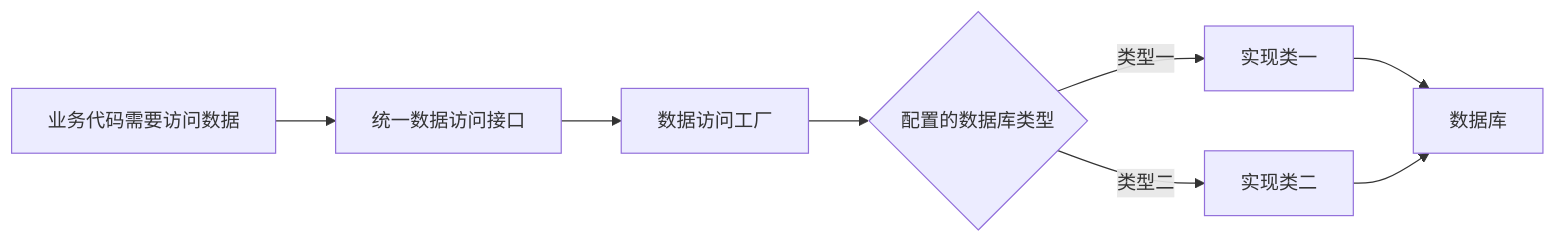
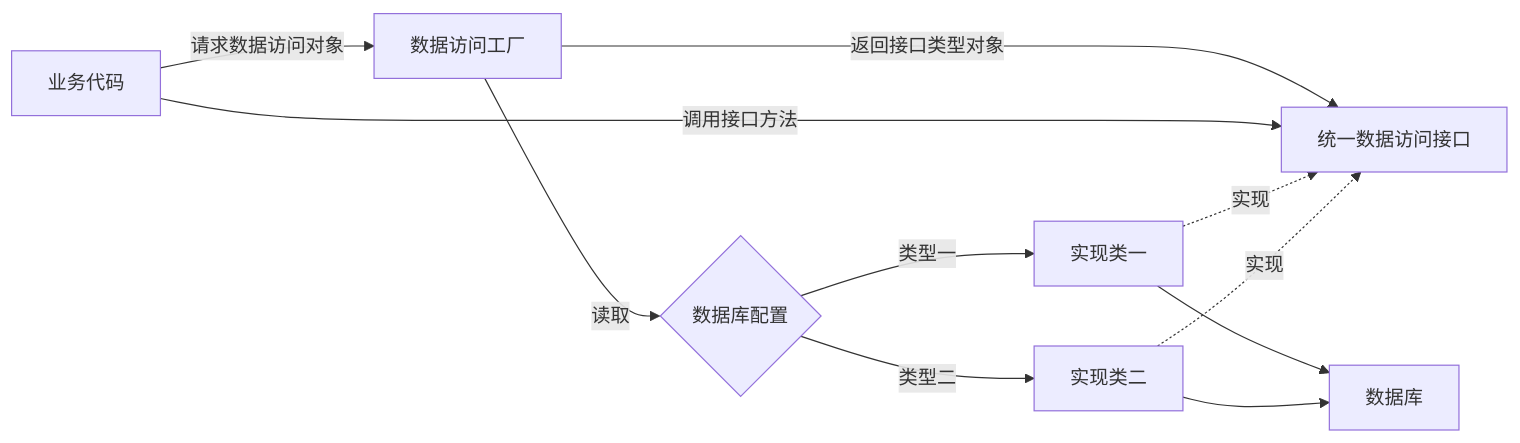
One commit to 74262195/system-architect-notes changed the diagram in 06_架构设计理论与实践/02_层次式架构/数据访问层工厂模式：换数据库时为什么调用方不用改一片.md. Above: the diagram before and after it, drawn with Mermaid. The commit also changed other lines of this file and 2 other files, not shown here.

Commit message:
修正数据访问工厂模式职责图

````diff
--- a/06_架构设计理论与实践/02_层次式架构/数据访问层工厂模式：换数据库时为什么调用方不用改一片.md
+++ b/06_架构设计理论与实践/02_层次式架构/数据访问层工厂模式：换数据库时为什么调用方不用改一片.md
@@ -38,10 +38,13 @@
 ```mermaid
 flowchart LR
-    A[业务代码需要访问数据] --> B[统一数据访问接口]
-    B --> C[数据访问工厂]
-    C --> D{配置的数据库类型}
-    D -->|类型一| E[实现类一]
-    D -->|类型二| F[实现类二]
+    A[业务代码] -->|请求数据访问对象| B[数据访问工厂]
+    B -->|读取| C{数据库配置}
+    C -->|类型一| E[实现类一]
+    C -->|类型二| F[实现类二]
+    B -->|返回接口类型对象| D[统一数据访问接口]
+    A -->|调用接口方法| D
+    E -.->|实现| D
+    F -.->|实现| D
     E --> G[数据库]
     F --> G
 ```
````
